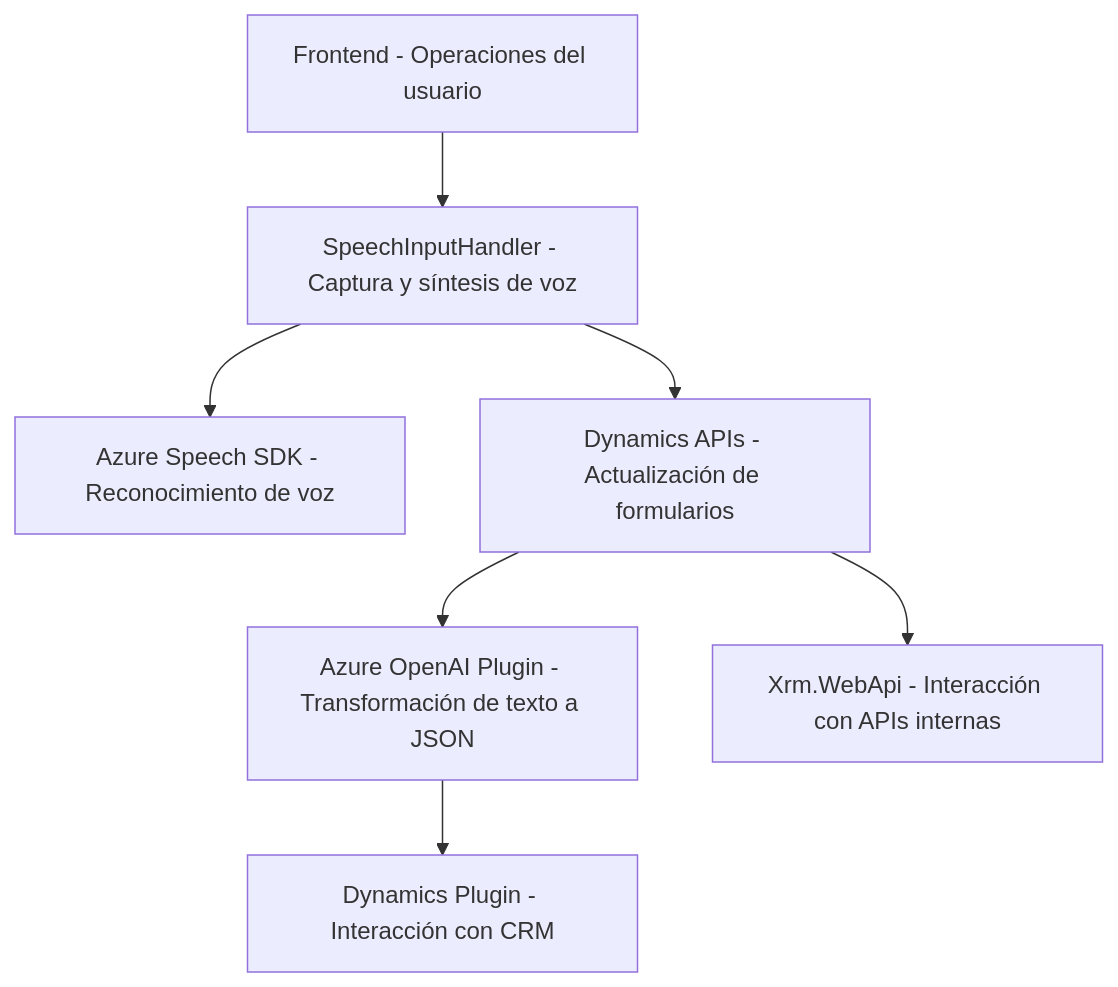
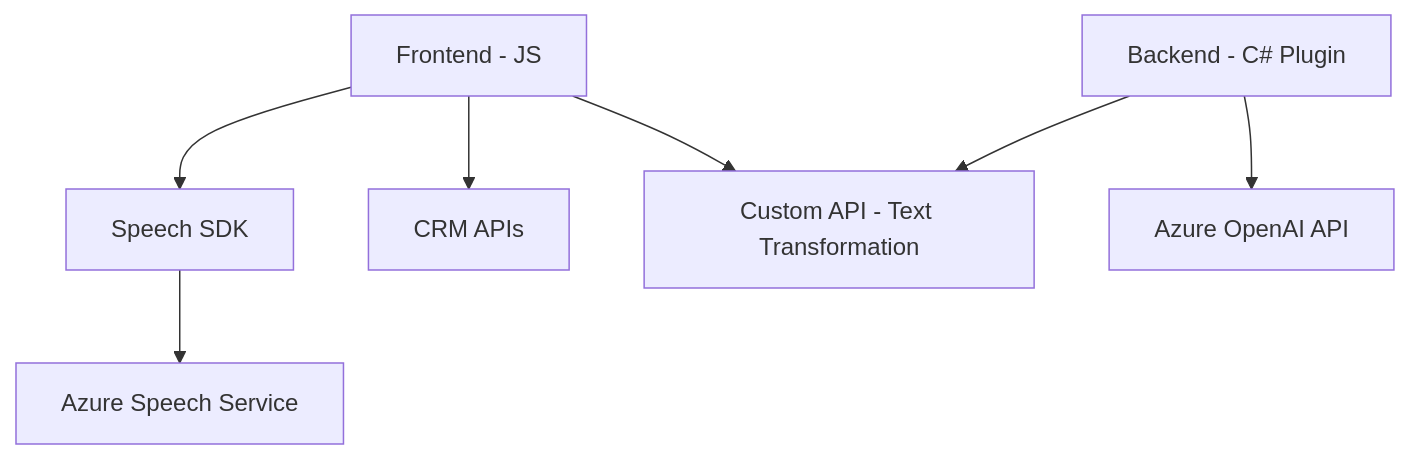
Before and after one commit to blopezdm/NETCORE_BILBAO2025: the diagram in README.md, drawn with Mermaid. The commit also changed other lines of this file, not shown here.

Commit message:
Actualizar análisis global de la solución con IA

````diff
--- a/README.md
+++ b/README.md
@@ -41,17 +53,17 @@
 ```mermaid
 graph TD
-    A["SpeechInputHandler - Captura y síntesis de voz"]
-    B["Azure Speech SDK - Reconocimiento de voz"]
-    C["Dynamics APIs - Actualización de formularios"]
-    D["Azure OpenAI Plugin - Transformación de texto a JSON"]
-    E["Dynamics Plugin - Interacción con CRM"]
-    F["Frontend - Operaciones del usuario"]
-    G["Xrm.WebApi - Interacción con APIs internas"]
+    A["Frontend - JS"]
+    B["Speech SDK"]
+    C["Azure Speech Service"]
+    D["CRM APIs"]
+    E["Custom API - Text Transformation"]
+    F["Backend - C# Plugin"]
+    G["Azure OpenAI API"]
 
-    F --> A
     A --> B
-    A --> C
-    C --> G
-    C --> D
-    D --> E
+    A --> D
+    A --> E
+    B --> C
+    F --> E
+    F --> G
 ```
````
